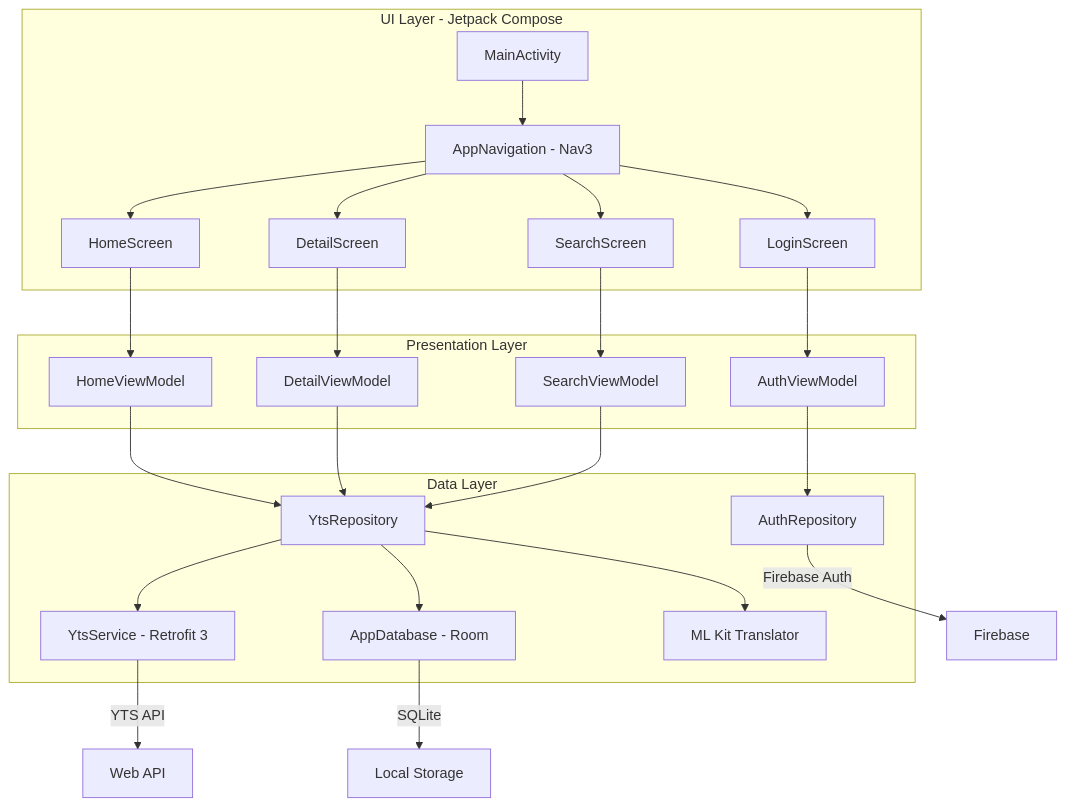
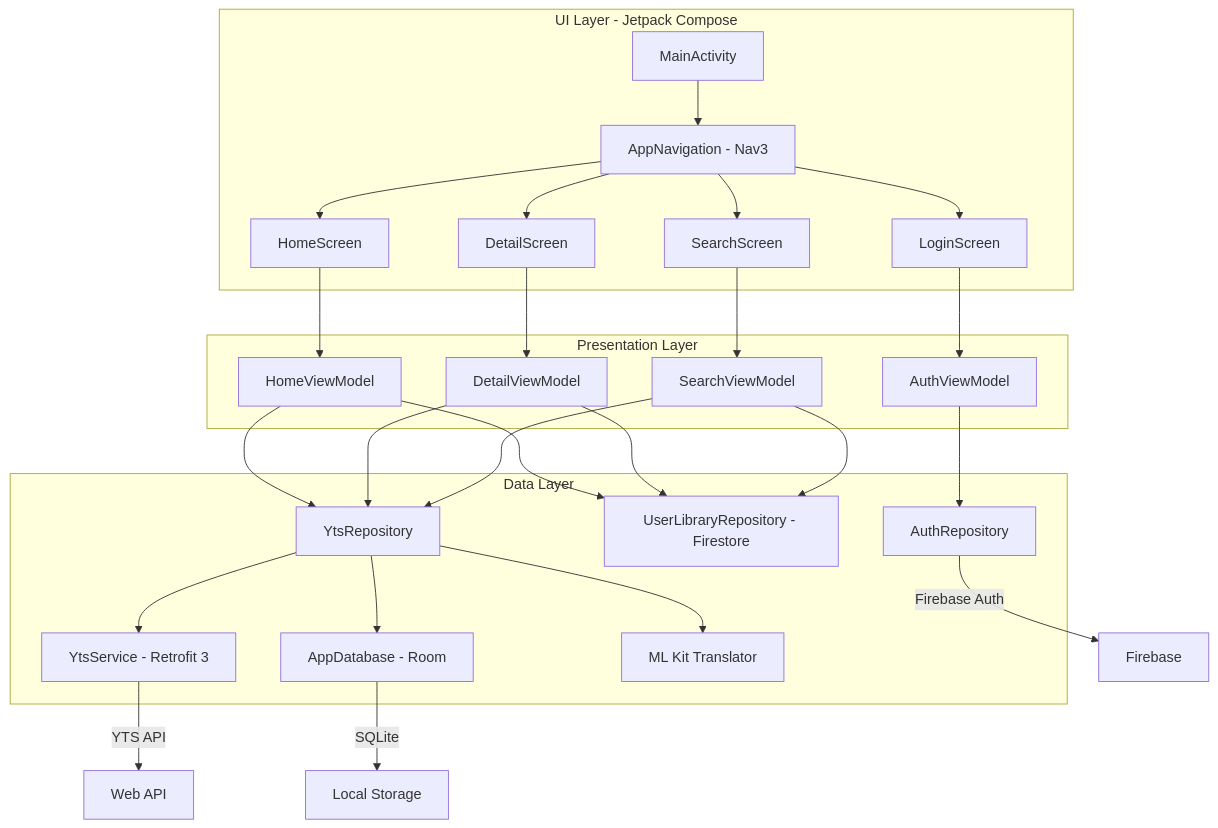
The first of 5 diagrams in README.md (martinrevert/LaTorrentola), drawn with Mermaid before and after one commit. The commit also changed other lines of this file and 12 other files, not shown here.

````diff
--- a/README.md
+++ b/README.md
@@ -26,43 +26,45 @@
 ```mermaid
 graph TD
     subgraph UI_Layer [UI Layer - Jetpack Compose]
         MA[MainActivity]
         NV[AppNavigation - Nav3]
         LS[LoginScreen]
         HS[HomeScreen]
         DS[DetailScreen]
         SS[SearchScreen]
     end
 
     subgraph Presentation_Layer [Presentation Layer]
         AVM[AuthViewModel]
         HVM[HomeViewModel]
         DVM[DetailViewModel]
         SVM[SearchViewModel]
     end
 
     subgraph Domain_Data_Layer [Data Layer]
         AREP[AuthRepository]
+        UREP[UserLibraryRepository - Firestore]
         REP[YtsRepository]
         RS[YtsService - Retrofit 3]
         DB[AppDatabase - Room]
         MLK[ML Kit Translator]
     end
 
     MA --> NV
     NV --> LS & HS & DS & SS
     LS --> AVM
     HS --> HVM
     DS --> DVM
     SS --> SVM
     
     AVM --> AREP
     AREP -->|Firebase Auth| FAN[Firebase]
+    HVM & DVM & SVM --> UREP
     HVM & DVM & SVM --> REP
     REP --> RS
     REP --> DB
     REP --> MLK
     
     RS -->|YTS API| WAN[Web API]
     DB -->|SQLite| DISK[Local Storage]
 ```
````
